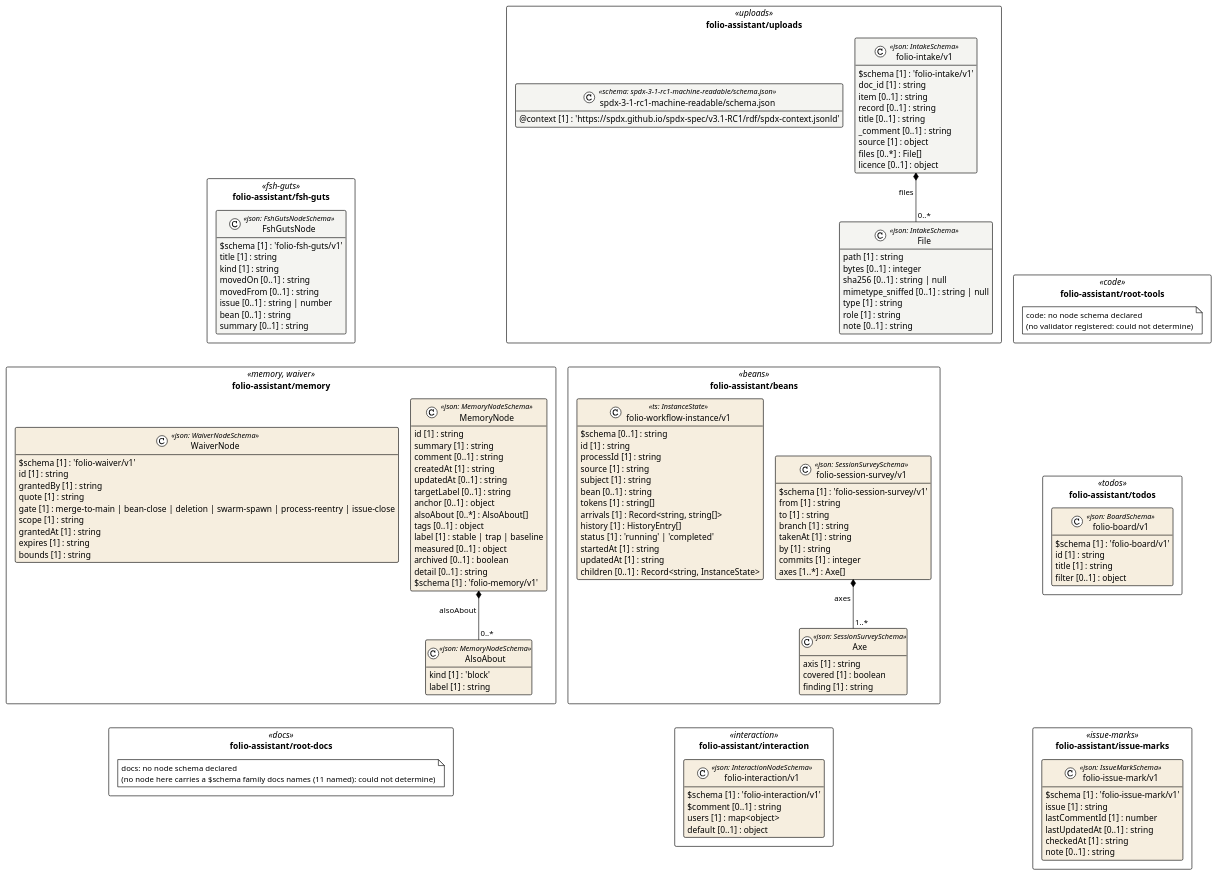
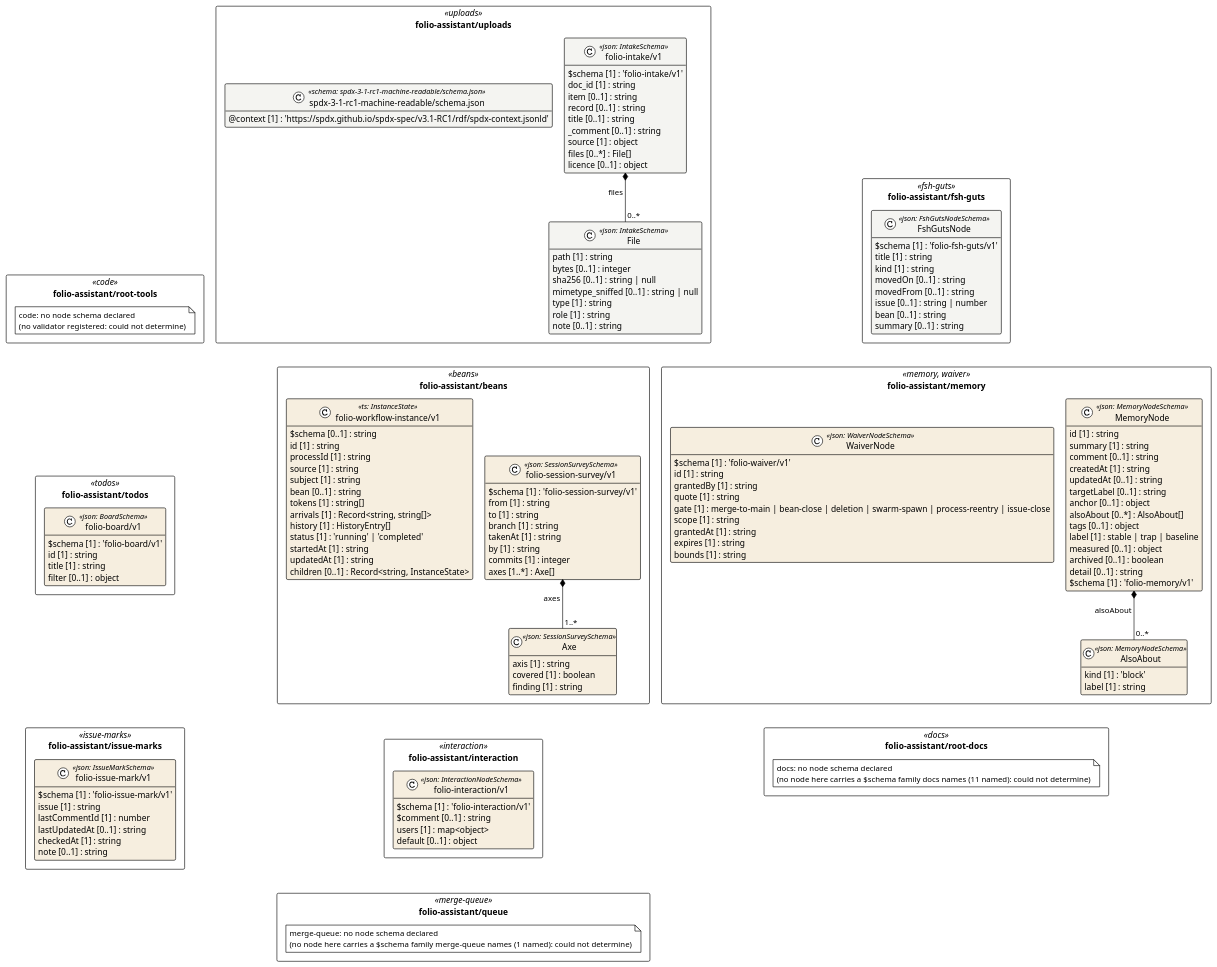
The diagram in cat-harness/uml/overview/folio-assistant.puml (litlfred/folio-assistant), drawn with PlantUML before and after one commit. The commit also changed 42 other files, not shown here.

First line of the commit message:
skill(merge-queue): where the queue IS, and how a decision gets written

```diff
--- a/cat-harness/uml/overview/folio-assistant.puml
+++ b/cat-harness/uml/overview/folio-assistant.puml
@@ -3,154 +3,158 @@
 @startuml folio_assistant
 !pragma layout elk
 !theme plain
 skinparam classAttributeIconSize 0
 skinparam shadowing false
 skinparam packageStyle rectangle
 hide empty methods
 
 package "folio-assistant/uploads" as pkg_folio_assistant_uploads <<uploads>> {
   class "File" as folio_assistant_uploads_folio_intake_v1_File <<json: IntakeSchema>> #f4f4f1 {
     path [1] : string
     bytes [0..1] : integer
     sha256 [0..1] : string | null
     mimetype_sniffed [0..1] : string | null
     type [1] : string
     role [1] : string
     note [0..1] : string
   }
   class "folio-intake/v1" as folio_assistant_uploads_folio_intake_v1_folio_intake_v1 <<json: IntakeSchema>> #f4f4f1 {
     $schema [1] : 'folio-intake/v1'
     doc_id [1] : string
     item [0..1] : string
     record [0..1] : string
     title [0..1] : string
     _comment [0..1] : string
     source [1] : object
     files [0..*] : File[]
     licence [0..1] : object
   }
   class "spdx-3-1-rc1-machine-readable/schema.json" as folio_assistant_uploads_spdx_3_1_rc1_machine_readable_schema_json_spdx_3_1_rc1_machine_readable_schema_json <<schema: spdx-3-1-rc1-machine-readable/schema.json>> #f4f4f1 {
     @context [1] : 'https://spdx.github.io/spdx-spec/v3.1-RC1/rdf/spdx-context.jsonld'
   }
 }
 package "folio-assistant/root-tools" as pkg_folio_assistant_root_tools <<code>> {
   note "code: no node schema declared\n(no validator registered: could not determine)" as n_folio_assistant_root_tools_code
 }
 package "folio-assistant/fsh-guts" as pkg_folio_assistant_fsh_guts <<fsh-guts>> {
   class "FshGutsNode" as folio_assistant_fsh_guts_FshGutsNode <<json: FshGutsNodeSchema>> #f4f4f1 {
     $schema [1] : 'folio-fsh-guts/v1'
     title [1] : string
     kind [1] : string
     movedOn [0..1] : string
     movedFrom [0..1] : string
     issue [0..1] : string | number
     bean [0..1] : string
     summary [0..1] : string
   }
 }
 package "folio-assistant/beans" as pkg_folio_assistant_beans <<beans>> {
   class "folio-workflow-instance/v1" as folio_assistant_beans_folio_workflow_instance_v1 <<ts: InstanceState>> #f6eedf {
     $schema [0..1] : string
     id [1] : string
     processId [1] : string
     source [1] : string
     subject [1] : string
     bean [0..1] : string
     tokens [1] : string[]
     arrivals [1] : Record<string, string[]>
     history [1] : HistoryEntry[]
     status [1] : 'running' | 'completed'
     startedAt [1] : string
     updatedAt [1] : string
     children [0..1] : Record<string, InstanceState>
   }
   class "Axe" as folio_assistant_beans_folio_session_survey_v1_Axe <<json: SessionSurveySchema>> #f6eedf {
     axis [1] : string
     covered [1] : boolean
     finding [1] : string
   }
   class "folio-session-survey/v1" as folio_assistant_beans_folio_session_survey_v1_folio_session_survey_v1 <<json: SessionSurveySchema>> #f6eedf {
     $schema [1] : 'folio-session-survey/v1'
     from [1] : string
     to [1] : string
     branch [1] : string
     takenAt [1] : string
     by [1] : string
     commits [1] : integer
     axes [1..*] : Axe[]
   }
 }
 package "folio-assistant/todos" as pkg_folio_assistant_todos <<todos>> {
   class "folio-board/v1" as folio_assistant_todos_folio_board_v1_folio_board_v1 <<json: BoardSchema>> #f6eedf {
     $schema [1] : 'folio-board/v1'
     id [1] : string
     title [1] : string
     filter [0..1] : object
   }
 }
 package "folio-assistant/memory" as pkg_folio_assistant_memory <<memory, waiver>> {
   class "AlsoAbout" as folio_assistant_memory_AlsoAbout <<json: MemoryNodeSchema>> #f6eedf {
     kind [1] : 'block'
     label [1] : string
   }
   class "MemoryNode" as folio_assistant_memory_MemoryNode <<json: MemoryNodeSchema>> #f6eedf {
     id [1] : string
     summary [1] : string
     comment [0..1] : string
     createdAt [1] : string
     updatedAt [0..1] : string
     targetLabel [0..1] : string
     anchor [0..1] : object
     alsoAbout [0..*] : AlsoAbout[]
     tags [0..1] : object
     label [1] : stable | trap | baseline
     measured [0..1] : object
     archived [0..1] : boolean
     detail [0..1] : string
     $schema [1] : 'folio-memory/v1'
   }
   class "WaiverNode" as folio_assistant_memory_WaiverNode <<json: WaiverNodeSchema>> #f6eedf {
     $schema [1] : 'folio-waiver/v1'
     id [1] : string
     grantedBy [1] : string
     quote [1] : string
     gate [1] : merge-to-main | bean-close | deletion | swarm-spawn | process-reentry | issue-close
     scope [1] : string
     grantedAt [1] : string
     expires [1] : string
     bounds [1] : string
   }
 }
 package "folio-assistant/interaction" as pkg_folio_assistant_interaction <<interaction>> {
   class "folio-interaction/v1" as folio_assistant_interaction_folio_interaction_v1_folio_interaction_v1 <<json: InteractionNodeSchema>> #f6eedf {
     $schema [1] : 'folio-interaction/v1'
     $comment [0..1] : string
     users [1] : map<object>
     default [0..1] : object
   }
 }
 package "folio-assistant/issue-marks" as pkg_folio_assistant_issue_marks <<issue-marks>> {
   class "folio-issue-mark/v1" as folio_assistant_issue_marks_folio_issue_mark_v1_folio_issue_mark_v1 <<json: IssueMarkSchema>> #f6eedf {
     $schema [1] : 'folio-issue-mark/v1'
     issue [1] : string
     lastCommentId [1] : number
     lastUpdatedAt [0..1] : string
     checkedAt [1] : string
     note [0..1] : string
   }
 }
 package "folio-assistant/root-docs" as pkg_folio_assistant_root_docs <<docs>> {
   note "docs: no node schema declared\n(no node here carries a $schema family docs names (11 named): could not determine)" as n_folio_assistant_root_docs_docs
 }
+package "folio-assistant/queue" as pkg_folio_assistant_queue <<merge-queue>> {
+  note "merge-queue: no node schema declared\n(no node here carries a $schema family merge-queue names (1 named): could not determine)" as n_folio_assistant_queue_merge_queue
+}
 
 folio_assistant_uploads_folio_intake_v1_folio_intake_v1 *-- "0..*" folio_assistant_uploads_folio_intake_v1_File : files
 folio_assistant_beans_folio_session_survey_v1_folio_session_survey_v1 *-- "1..*" folio_assistant_beans_folio_session_survey_v1_Axe : axes
 folio_assistant_memory_MemoryNode *-- "0..*" folio_assistant_memory_AlsoAbout : alsoAbout
-' grid: portrait, 3 column(s) — pkg_folio_assistant_uploads pkg_folio_assistant_root_tools pkg_folio_assistant_fsh_guts pkg_folio_assistant_beans pkg_folio_assistant_todos pkg_folio_assistant_memory pkg_folio_assistant_interaction pkg_folio_assistant_issue_marks pkg_folio_assistant_root_docs
+' grid: portrait, 3 column(s) — pkg_folio_assistant_uploads pkg_folio_assistant_root_tools pkg_folio_assistant_fsh_guts pkg_folio_assistant_beans pkg_folio_assistant_todos pkg_folio_assistant_memory pkg_folio_assistant_interaction pkg_folio_assistant_issue_marks pkg_folio_assistant_root_docs pkg_folio_assistant_queue
 pkg_folio_assistant_uploads -[hidden]down- pkg_folio_assistant_beans
 pkg_folio_assistant_root_tools -[hidden]down- pkg_folio_assistant_todos
 pkg_folio_assistant_fsh_guts -[hidden]down- pkg_folio_assistant_memory
 pkg_folio_assistant_beans -[hidden]down- pkg_folio_assistant_interaction
 pkg_folio_assistant_todos -[hidden]down- pkg_folio_assistant_issue_marks
 pkg_folio_assistant_memory -[hidden]down- pkg_folio_assistant_root_docs
+pkg_folio_assistant_interaction -[hidden]down- pkg_folio_assistant_queue
 @enduml
```
